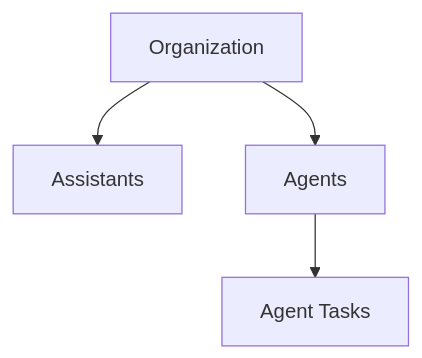
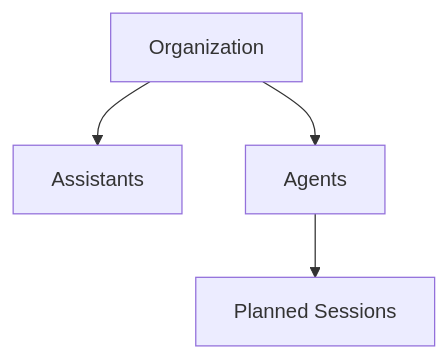
The diagram in concepts.mdx (deepslate-labs/deepslate-docs), drawn with Mermaid before and after one commit. The commit also changed other lines of this file and 2 other files, not shown here.

Commit message:
docs: map agents and assistants to dashboard bot names and replace agent tasks in concepts

````diff
--- a/concepts.mdx
+++ b/concepts.mdx
@@ -22,6 +24,6 @@
 ```mermaid
 flowchart TB
     O[Organization] --> A[Assistants]
     O --> AG[Agents]
-    AG --> T[Agent Tasks]
+    AG --> P[Planned Sessions]
 ```
````
